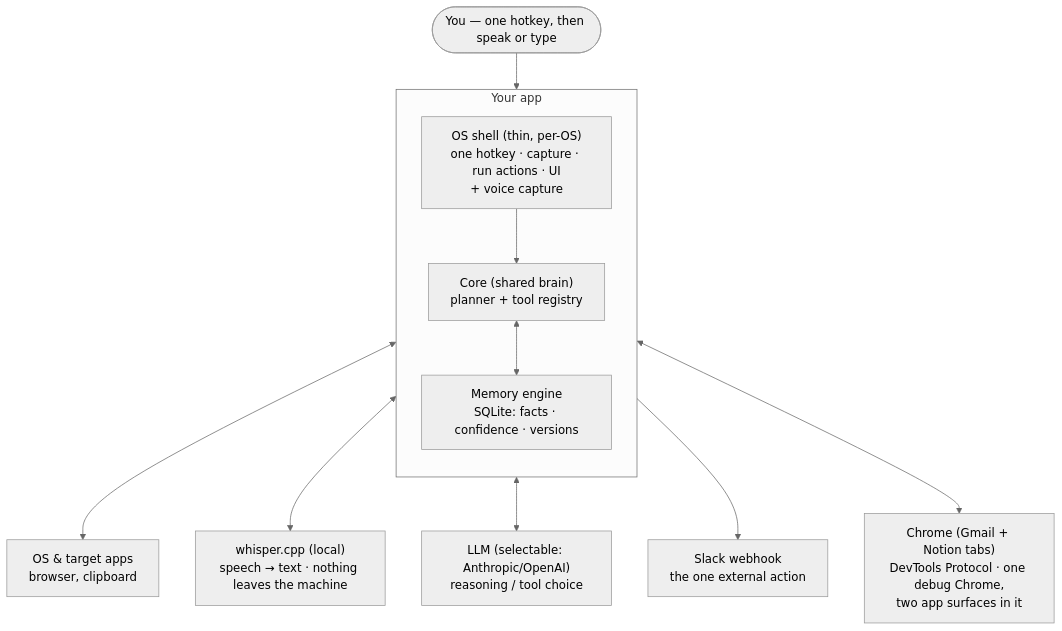
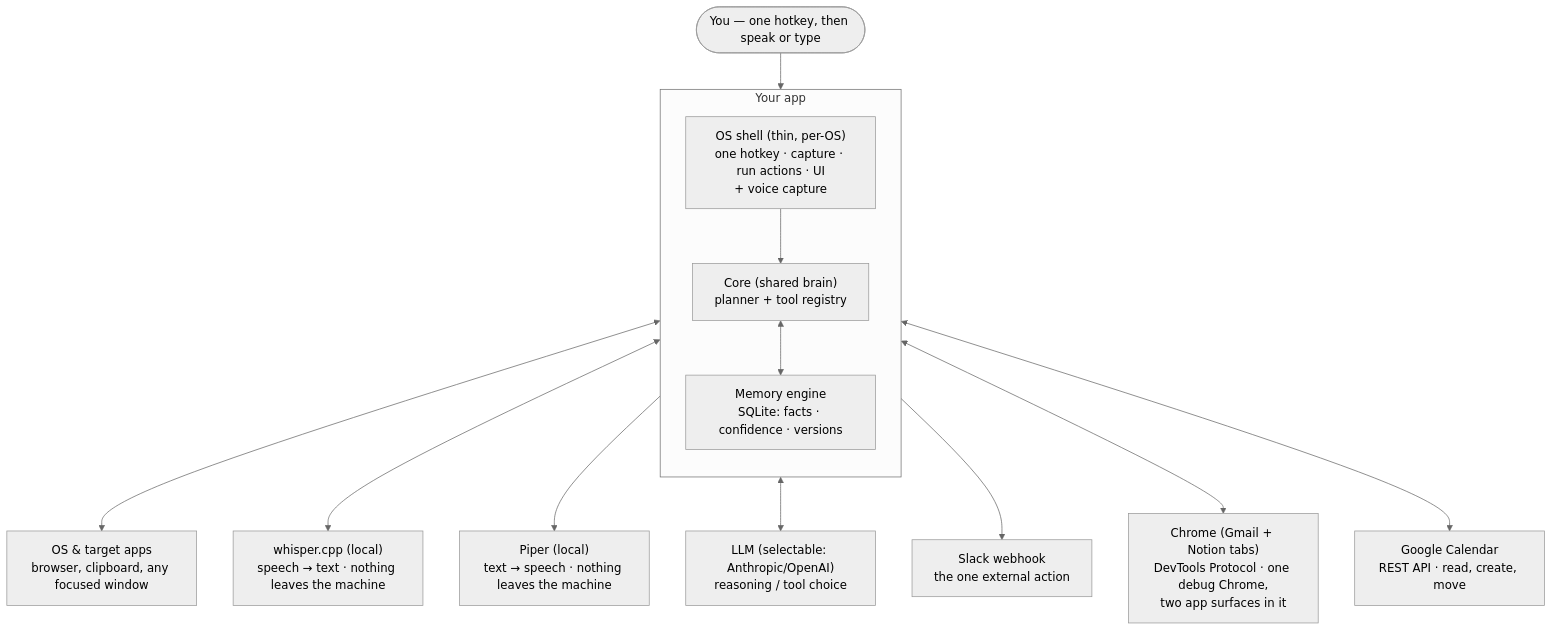
The first of 9 diagrams in ARCHITECTURE.md (Sejall-089/voice-agent), drawn with Mermaid (neutral theme) before and after one commit. The commit also changed other lines of this file and 3 other files, not shown here.

````diff
--- a/ARCHITECTURE.md
+++ b/ARCHITECTURE.md
@@ -28,26 +28,30 @@
 ```mermaid
 flowchart TB
     User(["You — one hotkey, then speak or type"])
 
     subgraph App["Your app"]
         direction TB
         Shell["OS shell (thin, per-OS)<br/>one hotkey · capture · run actions · UI<br/>+ voice capture"]
         Core["Core (shared brain)<br/>planner + tool registry"]
         Memory["Memory engine<br/>SQLite: facts · confidence · versions"]
         Shell --> Core
         Core <--> Memory
     end
 
     Whisper["whisper.cpp (local)<br/>speech → text · nothing leaves the machine"]
+    Piper["Piper (local)<br/>text → speech · nothing leaves the machine"]
     Chrome["Chrome (Gmail + Notion tabs)<br/>DevTools Protocol · one debug Chrome,<br/>two app surfaces in it"]
     LLM["LLM (selectable: Anthropic/OpenAI)<br/>reasoning / tool choice"]
     Slack["Slack webhook<br/>the one external action"]
-    OS["OS &amp; target apps<br/>browser, clipboard"]
+    Calendar["Google Calendar<br/>REST API · read, create, move"]
+    OS["OS &amp; target apps<br/>browser, clipboard, any focused window"]
 
     User --> Shell
     Shell <--> OS
     Shell <--> Whisper
+    Shell --> Piper
     Core <--> LLM
     Core --> Slack
     Core <--> Chrome
+    Core <--> Calendar
 ```
````
